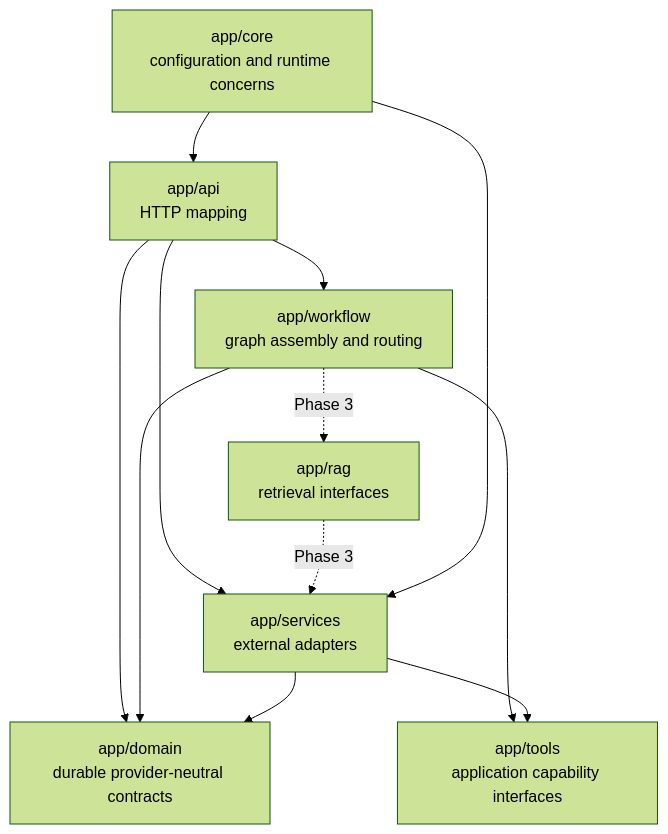
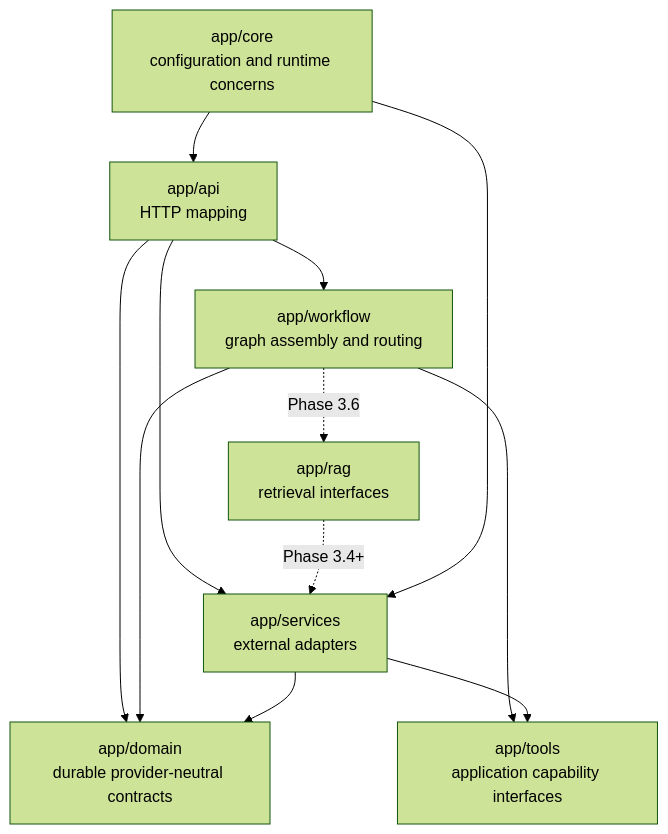
One commit to sanket-nawghare/langchain-poc changed the second of 5 diagrams in docs/ARCHITECTURE.md. Above: the diagram before and after it, drawn with Mermaid (forest theme). The commit also changed other lines of this file and 11 other files, not shown here.

````diff
--- a/docs/ARCHITECTURE.md
+++ b/docs/ARCHITECTURE.md
@@ -54,22 +56,22 @@
 ```mermaid
 flowchart TD
     API["app/api<br/>HTTP mapping"]
     Workflow["app/workflow<br/>graph assembly and routing"]
     Tools["app/tools<br/>application capability interfaces"]
     RAG["app/rag<br/>retrieval interfaces"]
     Services["app/services<br/>external adapters"]
     Core["app/core<br/>configuration and runtime concerns"]
     Domain["app/domain<br/>durable provider-neutral contracts"]
 
     API --> Domain
     API --> Workflow
     Workflow --> Tools
-    Workflow -. "Phase 3" .-> RAG
+    Workflow -. "Phase 3.6" .-> RAG
     Workflow --> Domain
     API --> Services
     Services --> Tools
-    RAG -. "Phase 3" .-> Services
+    RAG -. "Phase 3.4+" .-> Services
     Services --> Domain
     Core --> API
     Core --> Services
 ```
````
